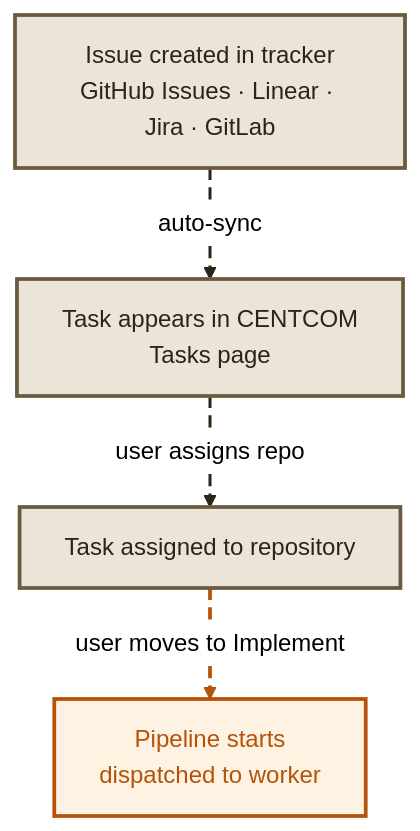
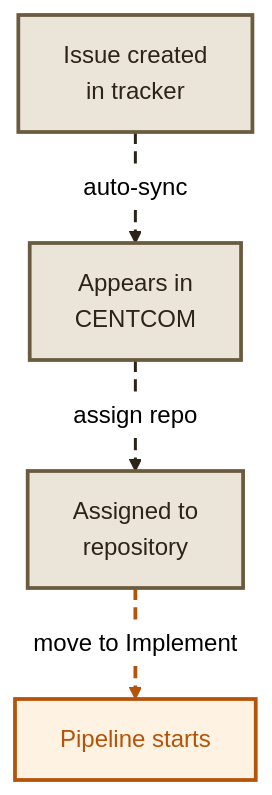
Before and after one commit to dunkinfrunkin/maestro: the second of 5 diagrams in docs/docs/concepts/index.mdx, drawn with Mermaid (neutral theme). The commit also changed other lines of this file and 5 other files, not shown here.

First line of the commit message:
docs: fix diagram text cutoff + add click-to-zoom modal

````diff
--- a/docs/docs/concepts/index.mdx
+++ b/docs/docs/concepts/index.mdx
@@ -42,15 +42,15 @@
 ```mermaid
 graph TB
-  I["Issue created in tracker<br/>GitHub Issues · Linear · Jira · GitLab"] -. "auto-sync" .-> T["Task appears in CENTCOM<br/>Tasks page"]
-  T -. "user assigns repo" .-> A["Task assigned to repository"]
-  A -. "user moves to Implement" .-> P["Pipeline starts<br/>dispatched to worker"]
+  I["Issue created<br/>in tracker"] -. "auto-sync" .-> T["Appears in<br/>CENTCOM"]
+  T -. "assign repo" .-> A["Assigned to<br/>repository"]
+  A -. "move to Implement" .-> P["Pipeline starts"]
 
   style I fill:#ebe5d9,stroke:#6b5b3e,stroke-width:2.5px,color:#2c2416
   style T fill:#ebe5d9,stroke:#6b5b3e,stroke-width:2.5px,color:#2c2416
   style A fill:#ebe5d9,stroke:#6b5b3e,stroke-width:2.5px,color:#2c2416
   style P fill:#fef3e2,stroke:#b45309,stroke-width:2.5px,color:#b45309
 
   linkStyle 0 stroke:#2c2416,stroke-width:2px,stroke-dasharray:8 5
   linkStyle 1 stroke:#2c2416,stroke-width:2px,stroke-dasharray:8 5
   linkStyle 2 stroke:#b45309,stroke-width:2.5px,stroke-dasharray:8 5
 ```
````
